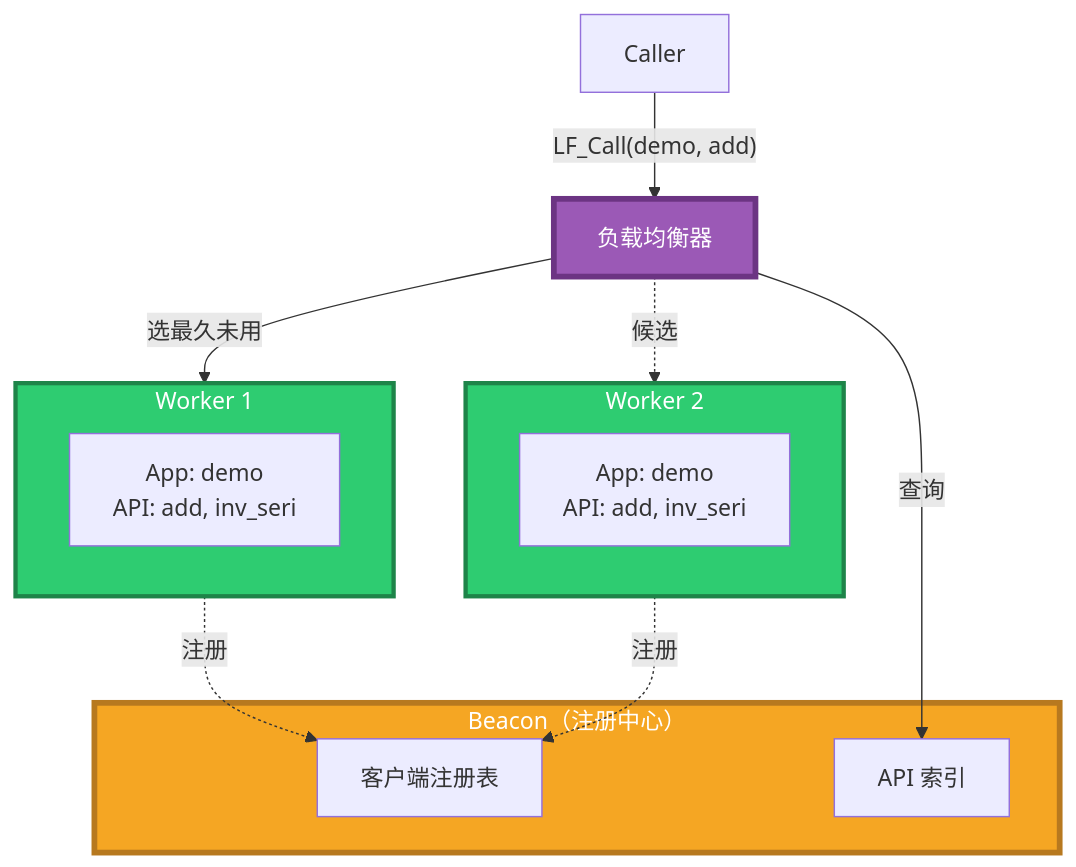
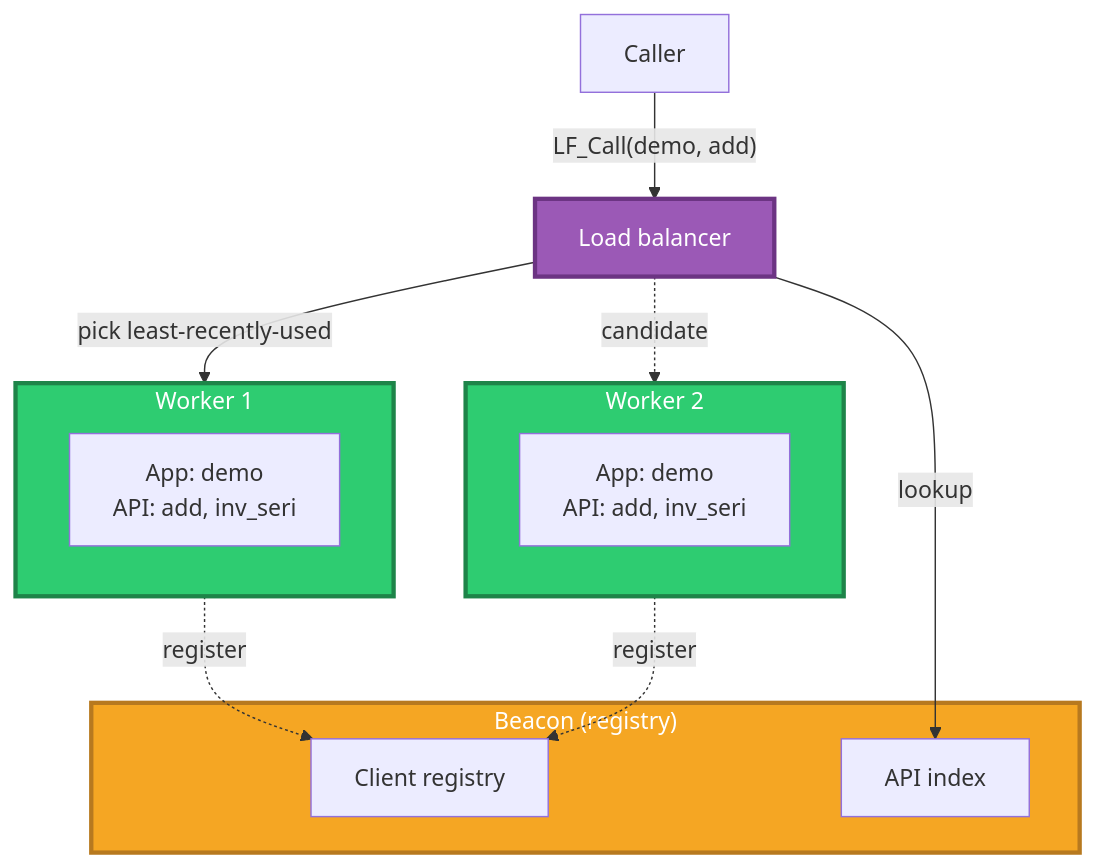
One commit to PassByYou888/LingoFuse changed the sixth of 26 diagrams in cpp/LingoFuse_Cpp_Knowledge_Base.md. Above: the diagram before and after it, drawn with Mermaid. The commit also changed other lines of this file, not shown here.

````diff
--- a/cpp/LingoFuse_Cpp_Knowledge_Base.md
+++ b/cpp/LingoFuse_Cpp_Knowledge_Base.md
@@ -193,26 +326,26 @@
 ```mermaid
 flowchart TB
-    subgraph Beacon["Beacon（注册中心）"]
-        REG["客户端注册表"]
-        APITAB["API 索引"]
+    subgraph Beacon["Beacon (registry)"]
+        REG["Client registry"]
+        APITAB["API index"]
     end
     subgraph Worker1["Worker 1"]
         APP1["App: demo<br/>API: add, inv_seri"]
     end
     subgraph Worker2["Worker 2"]
         APP2["App: demo<br/>API: add, inv_seri"]
     end
 
-    CALLER["Caller"] -->|"LF_Call(demo, add)"| LB["负载均衡器"]
-    LB -->|"选最久未用"| Worker1
-    LB -.->|"候选"| Worker2
+    CALLER["Caller"] -->|"LF_Call(demo, add)"| LB["Load balancer"]
+    LB -->|"pick least-recently-used"| Worker1
+    LB -.->|"candidate"| Worker2
 
-    Worker1 -.->|"注册"| REG
-    Worker2 -.->|"注册"| REG
-    LB -->|"查询"| APITAB
+    Worker1 -.->|"register"| REG
+    Worker2 -.->|"register"| REG
+    LB -->|"lookup"| APITAB
 
-    style Beacon fill:#F5A623,stroke:#B7791F,stroke-width:4px,color:#FFFFFF
-    style LB fill:#9B59B6,stroke:#6C3483,stroke-width:4px,color:#FFFFFF
+    style Beacon fill:#F5A623,stroke:#B7791F,stroke-width:3px,color:#FFFFFF
+    style LB fill:#9B59B6,stroke:#6C3483,stroke-width:3px,color:#FFFFFF
     style Worker1 fill:#2ECC71,stroke:#1E8449,stroke-width:3px,color:#FFFFFF
     style Worker2 fill:#2ECC71,stroke:#1E8449,stroke-width:3px,color:#FFFFFF
 ```
````
